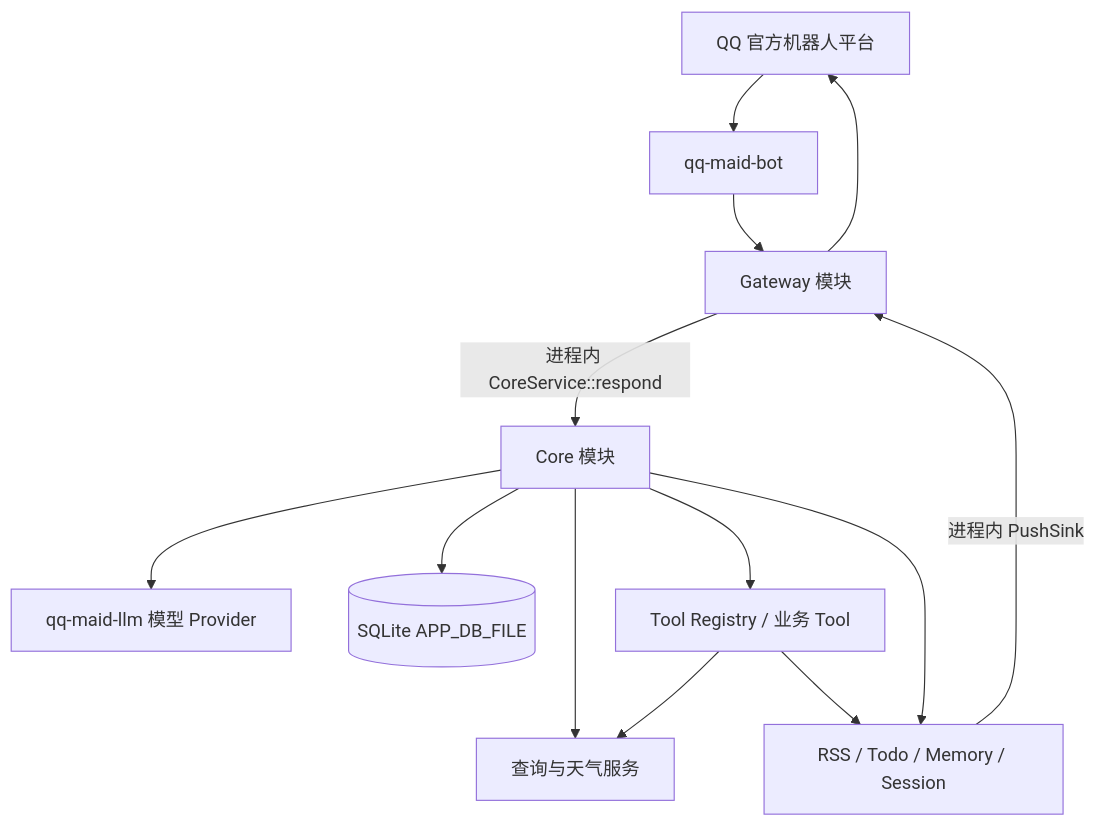
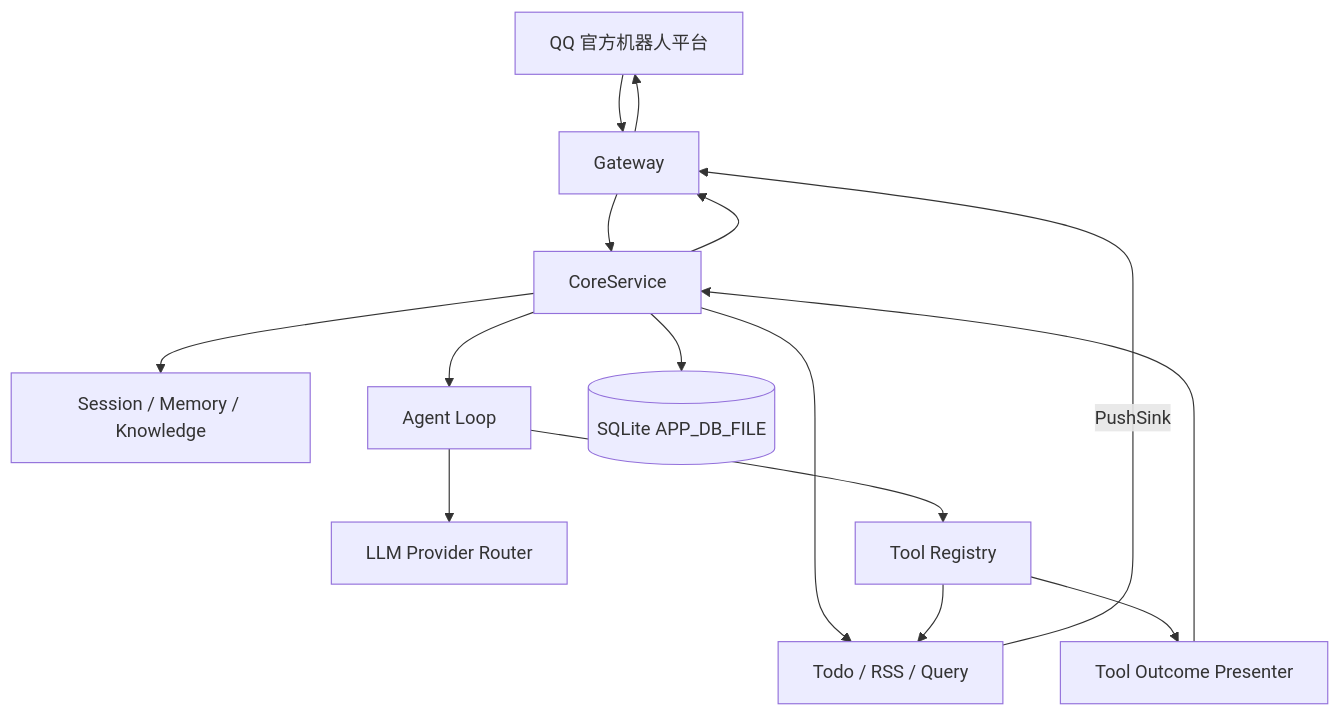
Before and after one commit to kuliantnt/qq-maid-bot: the diagram in README.md, drawn with Mermaid. The commit also changed other lines of this file, not shown here.

````diff
--- a/README.md
+++ b/README.md
@@ -236,15 +242,17 @@
 ```mermaid
 graph TD
-    A[QQ 官方机器人平台] --> B[qq-maid-bot]
-    B --> C[Gateway 模块]
-    C -->|进程内 CoreService::respond| D[Core 模块]
-    D --> E[qq-maid-llm 模型 Provider]
-    D --> F[(SQLite APP_DB_FILE)]
-    D --> G[查询与天气服务]
-    D --> I[Tool Registry / 业务 Tool]
-    I --> G
-    I --> H
-    D --> H[RSS / Todo / Memory / Session]
-    H -->|进程内 PushSink| C
-    C --> A
+    A[QQ 官方机器人平台] --> B[Gateway]
+    B --> C[CoreService]
+    C --> D[Session / Memory / Knowledge]
+    C --> E[Todo / RSS / Query]
+    C --> F[Agent Loop]
+    F --> G[LLM Provider Router]
+    F --> H[Tool Registry]
+    H --> E
+    H --> I[Tool Outcome Presenter]
+    I --> C
+    C --> J[(SQLite APP_DB_FILE)]
+    E -->|PushSink| B
+    C --> B
+    B --> A
 ```
````
